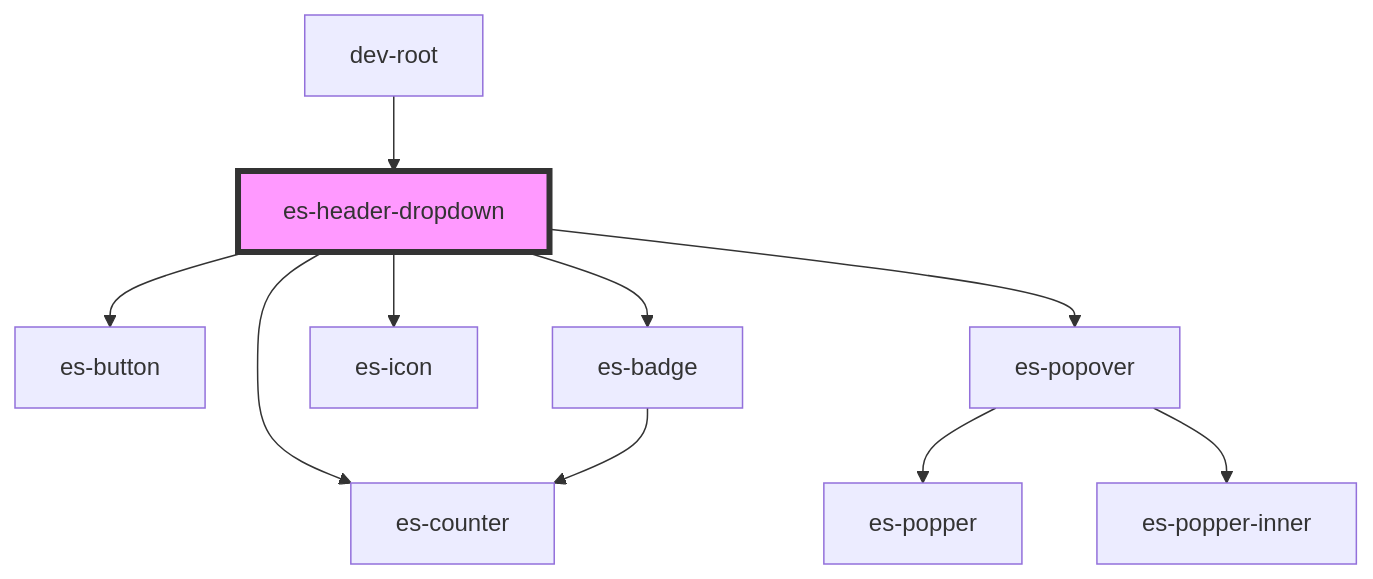
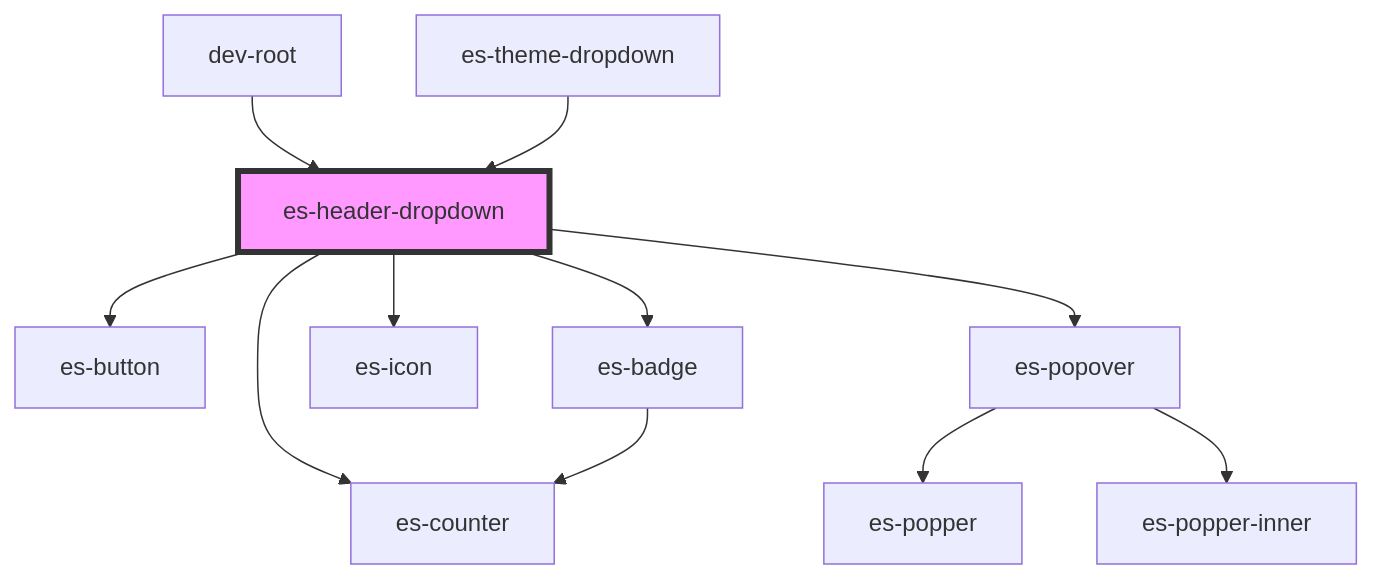
Before and after one commit to EventStore/Design-System: the diagram in packages/layout/src/components/es-header-dropdown/readme.md, drawn with Mermaid. The commit also changed other lines of this file and 2 other files, not shown here.

Commit message:
generate docs for es-layout

````diff
--- a/packages/layout/src/components/es-header-dropdown/readme.md
+++ b/packages/layout/src/components/es-header-dropdown/readme.md
@@ -120,13 +121,14 @@
 ```mermaid
 graph TD;
   es-header-dropdown --> es-button
   es-header-dropdown --> es-counter
   es-header-dropdown --> es-badge
   es-header-dropdown --> es-icon
   es-header-dropdown --> es-popover
   es-badge --> es-counter
   es-popover --> es-popper
   es-popover --> es-popper-inner
   dev-root --> es-header-dropdown
+  es-theme-dropdown --> es-header-dropdown
   style es-header-dropdown fill:#f9f,stroke:#333,stroke-width:4px
 ```
````
